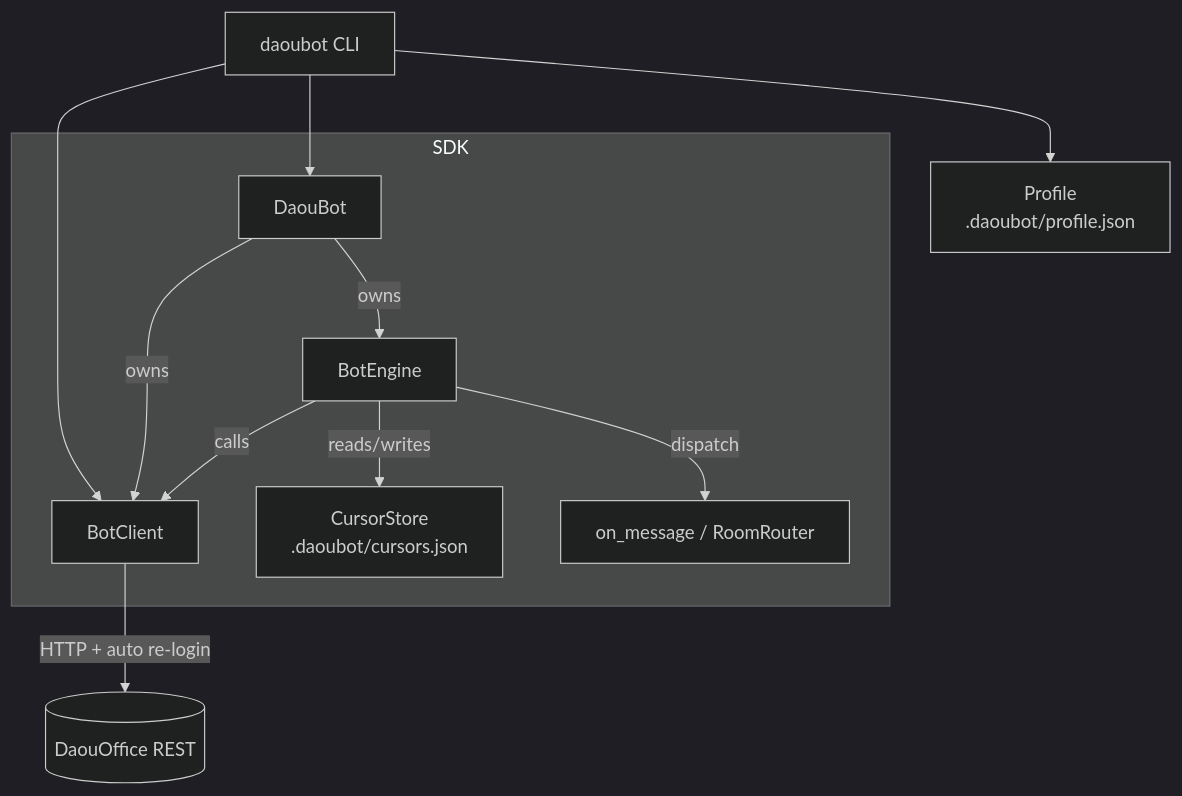
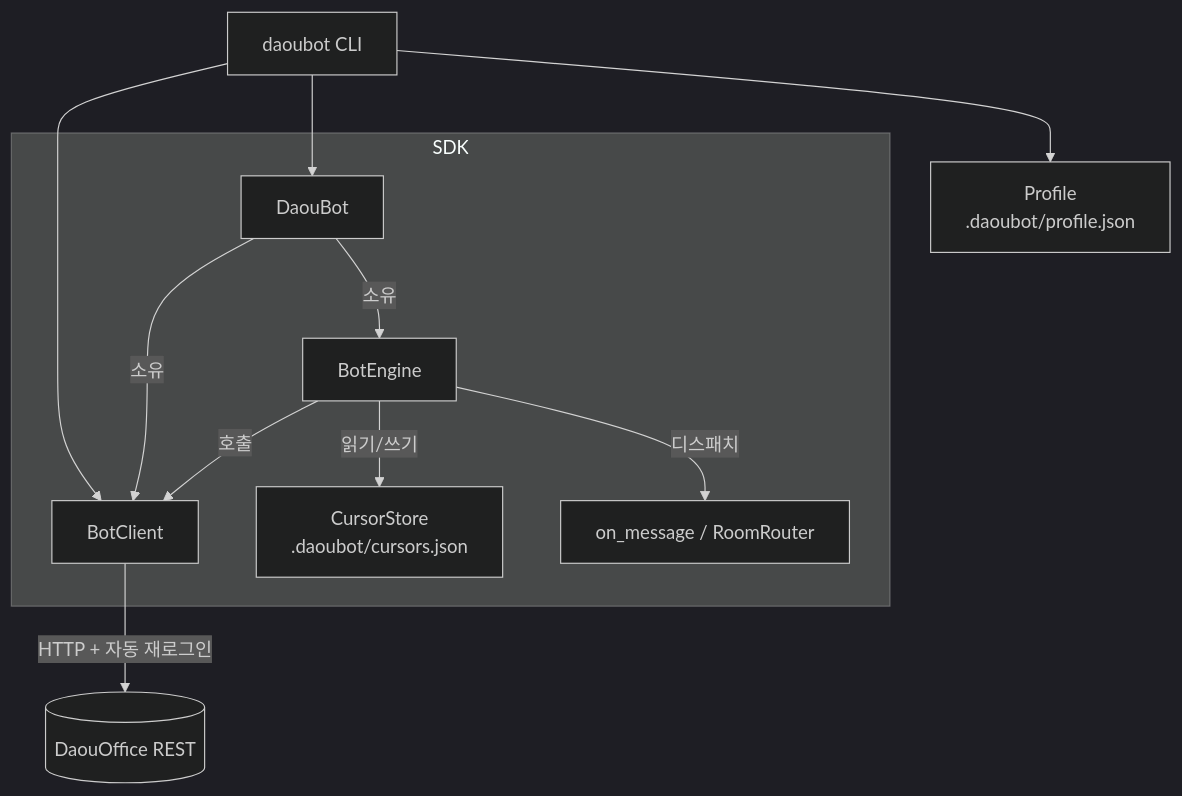
The second of 5 diagrams in docs/ARCHITECTURE.md (junsik/python-daouoffice-bot), drawn with Mermaid (dark theme) before and after one commit. The commit also changed other lines of this file and 5 other files, not shown here.

````diff
--- a/docs/ARCHITECTURE.md
+++ b/docs/ARCHITECTURE.md
@@ -52,16 +43,16 @@
 ```mermaid
 flowchart TD
     CLI[daoubot CLI] --> DaouBot
     CLI --> BotClient
     CLI --> Profile["Profile<br/>.daoubot/profile.json"]
 
     subgraph SDK
-        DaouBot -->|owns| BotEngine
-        DaouBot -->|owns| BotClient
-        BotEngine -->|calls| BotClient
-        BotEngine -->|reads/writes| CursorStore["CursorStore<br/>.daoubot/cursors.json"]
-        BotEngine -->|dispatch| PF["on_message / RoomRouter"]
+        DaouBot -->|소유| BotEngine
+        DaouBot -->|소유| BotClient
+        BotEngine -->|호출| BotClient
+        BotEngine -->|읽기/쓰기| CursorStore["CursorStore<br/>.daoubot/cursors.json"]
+        BotEngine -->|디스패치| PF["on_message / RoomRouter"]
     end
 
-    BotClient -->|HTTP + auto re-login| API[(DaouOffice REST)]
+    BotClient -->|HTTP + 자동 재로그인| API[(DaouOffice REST)]
 ```
````
